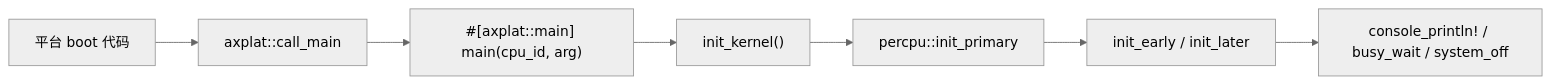
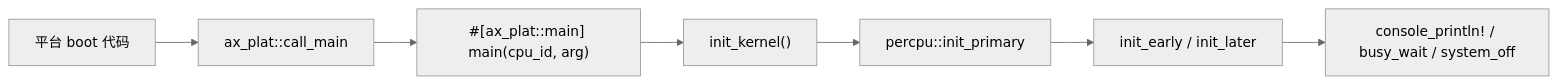
One commit to zKurisu/tgoskits changed the first of 2 diagrams in docs/crates/hello-kernel.md. Above: the diagram before and after it, drawn with Mermaid (neutral theme). The commit also changed other lines of this file and 199 other files, not shown here.

Commit message:
rename axplat to ax-plat

````diff
--- a/docs/crates/hello-kernel.md
+++ b/docs/crates/hello-kernel.md
@@ -25,9 +25,9 @@
 ```mermaid
 flowchart LR
-    A["平台 boot 代码"] --> B["axplat::call_main"]
-    B --> C["#[axplat::main] main(cpu_id, arg)"]
+    A["平台 boot 代码"] --> B["ax_plat::call_main"]
+    B --> C["#[ax_plat::main] main(cpu_id, arg)"]
     C --> D["init_kernel()"]
     D --> E["percpu::init_primary"]
     E --> F["init_early / init_later"]
     F --> G["console_println! / busy_wait / system_off"]
 ```
````
